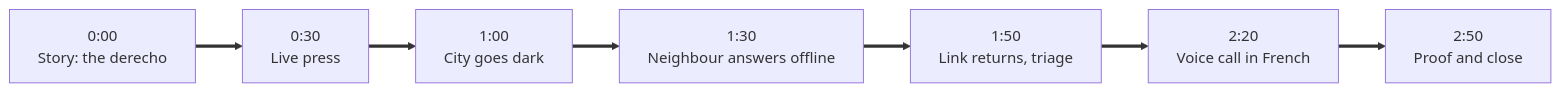
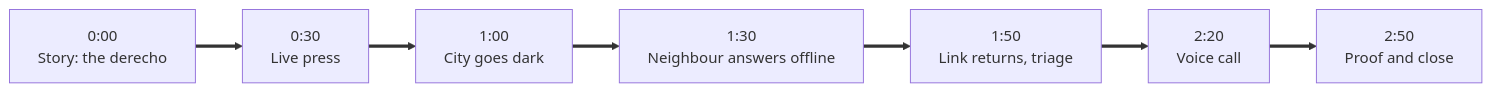
Before and after one commit to GautamTalksDev/porchlight: the diagram in docs/DEMO.md, drawn with Mermaid. The commit also changed other lines of this file and 3 other files, not shown here.

````diff
--- a/docs/DEMO.md
+++ b/docs/DEMO.md
@@ -16,9 +16,9 @@
 ```mermaid
 flowchart LR
     S1["0:00<br/>Story: the derecho"] ==> S2["0:30<br/>Live press"]
     S2 ==> S3["1:00<br/>City goes dark"]
     S3 ==> S4["1:30<br/>Neighbour answers offline"]
     S4 ==> S5["1:50<br/>Link returns, triage"]
-    S5 ==> S6["2:20<br/>Voice call in French"]
+    S5 ==> S6["2:20<br/>Voice call"]
     S6 ==> S7["2:50<br/>Proof and close"]
 ```
````
